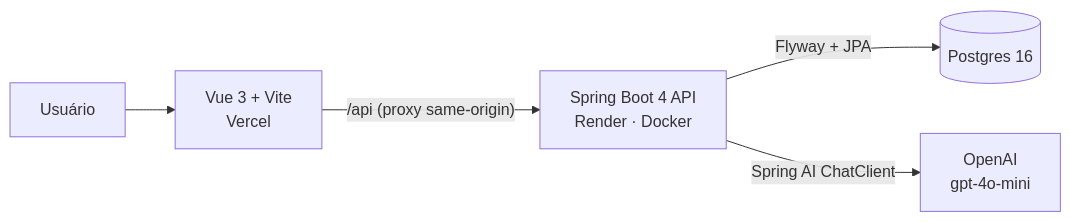
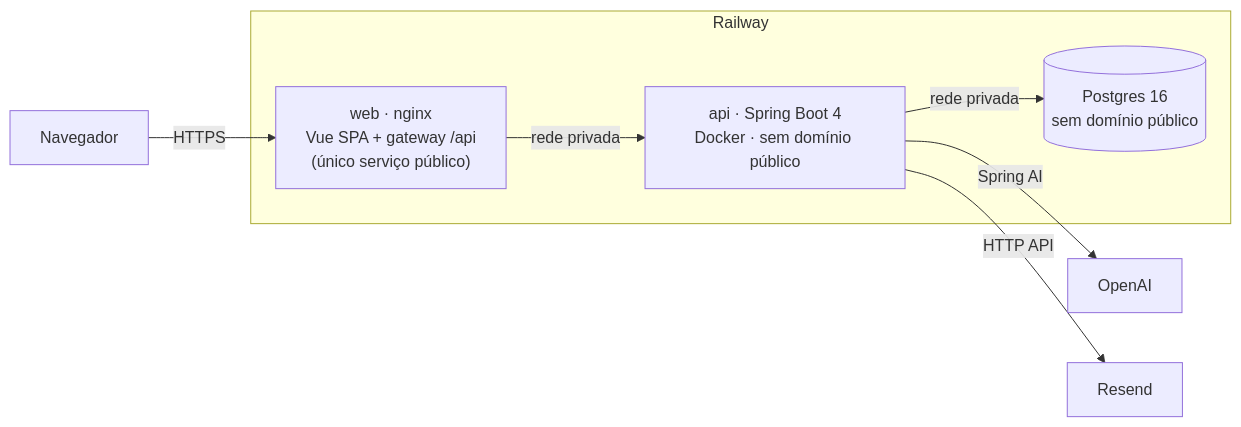
The first of 2 diagrams in README.md (lucasaita1/MagicChefAI), drawn with Mermaid before and after one commit. The commit also changed other lines of this file, not shown here.

Commit message:
docs: update README for Railway architecture, email verification and IP rate limits

````diff
--- a/README.md
+++ b/README.md
@@ -39,7 +44,13 @@
 ```mermaid
 flowchart LR
-    U[Usuário] --> V[Vue 3 + Vite<br/>Vercel]
-    V -- "/api (proxy same-origin)" --> A[Spring Boot 4 API<br/>Render · Docker]
-    A -- Flyway + JPA --> P[(Postgres 16)]
-    A -- Spring AI ChatClient --> O[OpenAI<br/>gpt-4o-mini]
+    U[Navegador] -- HTTPS --> W
+    subgraph Railway
+        W["web · nginx<br/>Vue SPA + gateway /api<br/>(único serviço público)"]
+        A["api · Spring Boot 4<br/>Docker · sem domínio público"]
+        P[("Postgres 16<br/>sem domínio público")]
+        W -- rede privada --> A
+        A -- rede privada --> P
+    end
+    A -- Spring AI --> O[OpenAI]
+    A -- HTTP API --> R[Resend]
 ```
````
